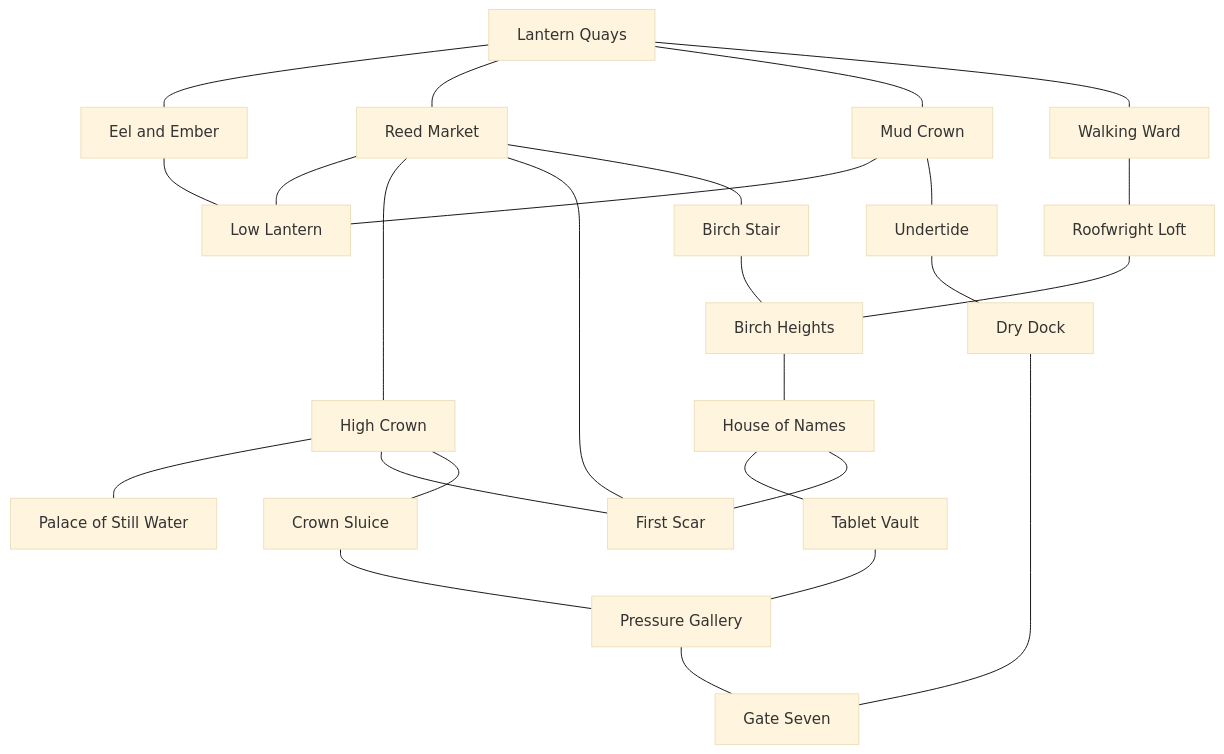
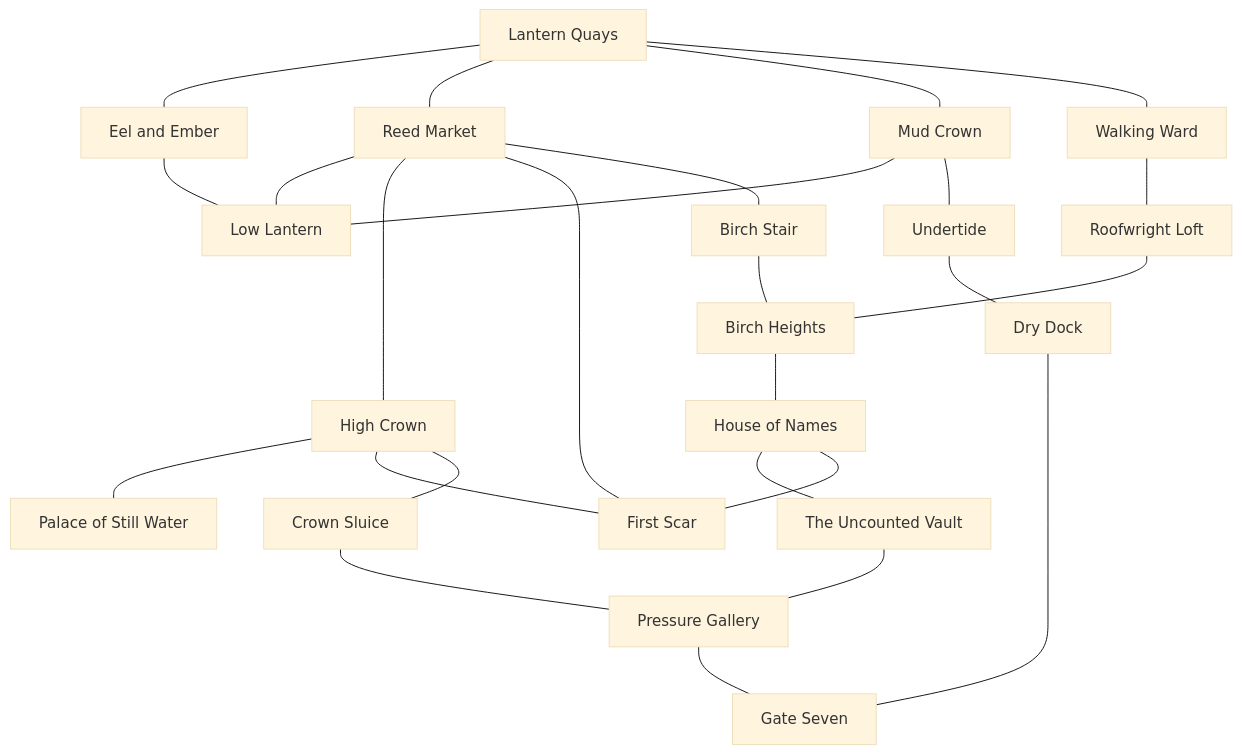
Before and after one commit to GoldenWind8/roguelike-mvp: the diagram in docs/DRAZNA.md, drawn with Mermaid (base theme). The commit also changed other lines of this file and 17 other files, not shown here.

````diff
--- a/docs/DRAZNA.md
+++ b/docs/DRAZNA.md
@@ -15,48 +15,48 @@
 ```mermaid
 flowchart TB
     LQ["Lantern Quays"]
     EE["Eel and Ember"]
     RM["Reed Market"]
     MC["Mud Crown"]
     LL["Low Lantern"]
     WW["Walking Ward"]
     RL["Roofwright Loft"]
     BS["Birch Stair"]
     BH["Birch Heights"]
     HN["House of Names"]
-    TV["Tablet Vault"]
+    TV["The Uncounted Vault"]
     HC["High Crown"]
     PW["Palace of Still Water"]
     CS["Crown Sluice"]
     PG["Pressure Gallery"]
     FS["First Scar"]
     UT["Undertide"]
     DD["Dry Dock"]
     G7["Gate Seven"]
 
     LQ --- EE
     LQ --- RM
     LQ --- MC
     LQ --- WW
     EE --- LL
     RM --- LL
     MC --- LL
     RM --- HC
     RM --- FS
     RM --- BS
     WW --- RL
     RL --- BH
     BS --- BH
     BH --- HN
     HN --- TV
     HN --- FS
     TV --- PG
     HC --- PW
     HC --- FS
     HC --- CS
     CS --- PG
     MC --- UT
     UT --- DD
     DD --- G7
     PG --- G7
 ```
````
